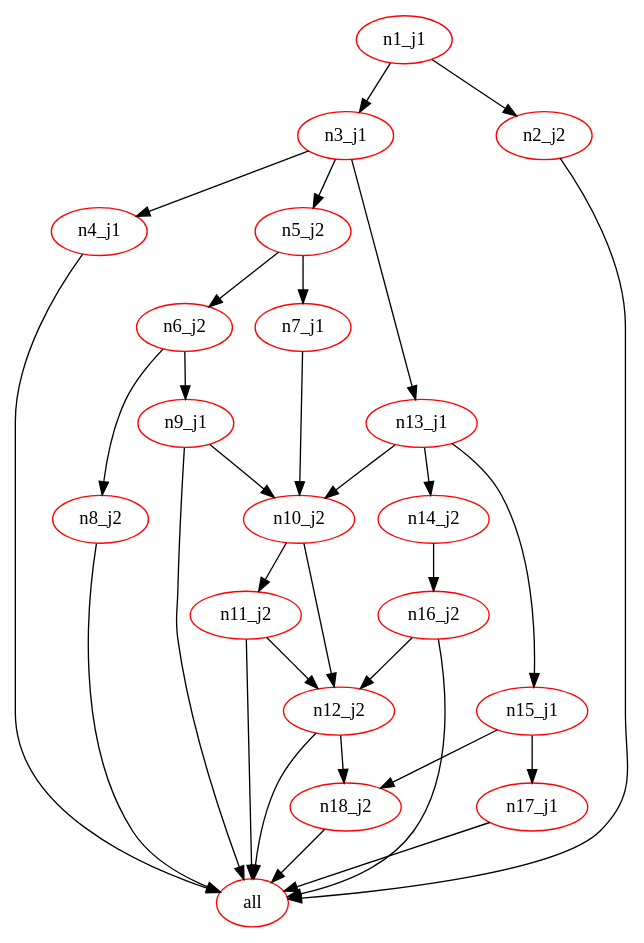
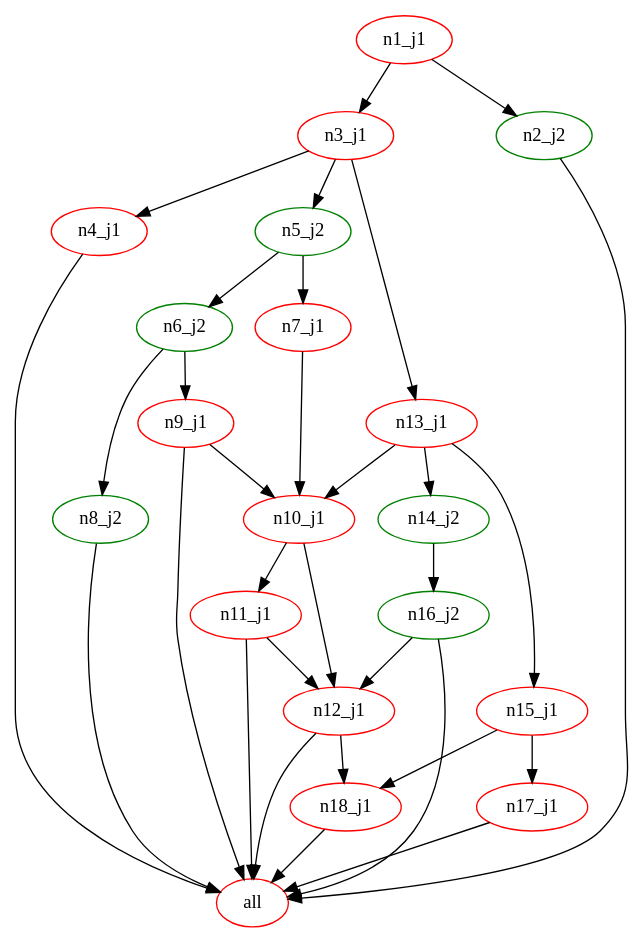
One commit to zxr-creator/make_test_demo changed the diagram in updated_dependencies.dot. Above: the diagram before and after it, drawn with Graphviz. The commit also changed 22 other files, not shown here.

```diff
--- a/updated_dependencies.dot
+++ b/updated_dependencies.dot
@@ -1,52 +1,52 @@
 digraph G {
 n2[label="all", color="red"];
 n5[label="n1_j1", color="red"];
-n12[label="n10_j2", color="red"];
-n11[label="n11_j2", color="red"];
-n15[label="n12_j2", color="red"];
+n12[label="n10_j1", color="red"];
+n11[label="n11_j1", color="red"];
+n15[label="n12_j1", color="red"];
 n14[label="n13_j1", color="red"];
-n17[label="n14_j2", color="red"];
+n17[label="n14_j2", color="green"];
 n19[label="n15_j1", color="red"];
-n16[label="n16_j2", color="red"];
+n16[label="n16_j2", color="green"];
 n18[label="n17_j1", color="red"];
-n20[label="n18_j2", color="red"];
-n6[label="n2_j2", color="red"];
+n20[label="n18_j1", color="red"];
+n6[label="n2_j2", color="green"];
 n4[label="n3_j1", color="red"];
 n3[label="n4_j1", color="red"];
-n9[label="n5_j2", color="red"];
-n8[label="n6_j2", color="red"];
+n9[label="n5_j2", color="green"];
+n8[label="n6_j2", color="green"];
 n13[label="n7_j1", color="red"];
-n7[label="n8_j2", color="red"];
+n7[label="n8_j2", color="green"];
 n10[label="n9_j1", color="red"];
 n11 -> n2 ; 
 n15 -> n2 ; 
 n16 -> n2 ; 
 n18 -> n2 ; 
 n20 -> n2 ; 
 n6 -> n2 ; 
 n3 -> n2 ; 
 n7 -> n2 ; 
 n10 -> n2 ; 
 n14 -> n12 ; 
 n13 -> n12 ; 
 n10 -> n12 ; 
 n12 -> n11 ; 
 n12 -> n15 ; 
 n11 -> n15 ; 
 n16 -> n15 ; 
 n4 -> n14 ; 
 n14 -> n17 ; 
 n14 -> n19 ; 
 n17 -> n16 ; 
 n19 -> n18 ; 
 n15 -> n20 ; 
 n19 -> n20 ; 
 n5 -> n6 ; 
 n5 -> n4 ; 
 n4 -> n3 ; 
 n4 -> n9 ; 
 n9 -> n8 ; 
 n9 -> n13 ; 
 n8 -> n7 ; 
 n8 -> n10 ; 
 }
```
